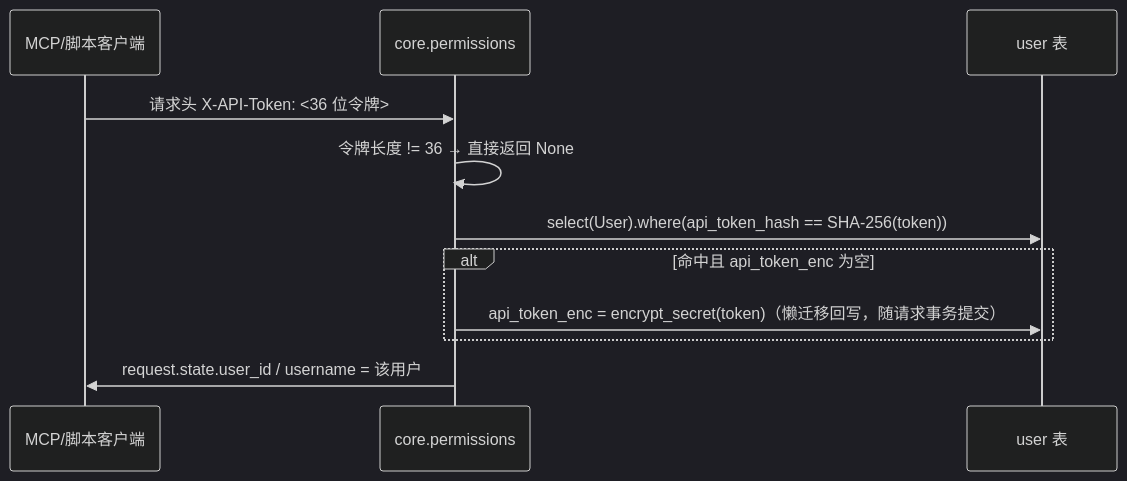
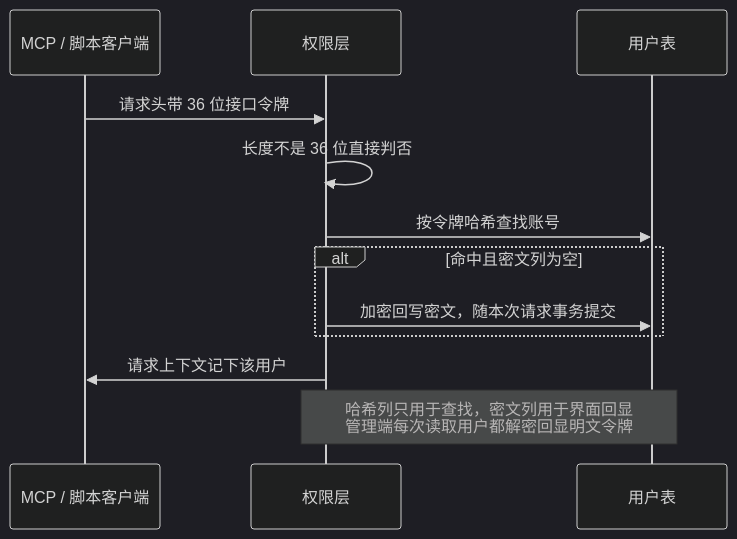
The fifth of 27 diagrams in docs/websites/pages/dev-flows.md (Sakana-1314/Electrical-Manager), drawn with Mermaid (dark theme) before and after one commit. The commit also changed other lines of this file and 24 other files, not shown here.

Commit message:
docs: 重构文档站（部署指南 / 接口 / 系统设计 + 图表化） (#301)

````diff
--- a/docs/websites/pages/dev-flows.md
+++ b/docs/websites/pages/dev-flows.md
@@ -54,13 +63,14 @@
 ```mermaid
 sequenceDiagram
-    participant C as MCP/脚本客户端
-    participant P as core.permissions
-    participant DB as user 表
-    C->>P: 请求头 X-API-Token: <36 位令牌>
-    P->>P: 令牌长度 != 36 → 直接返回 None
-    P->>DB: select(User).where(api_token_hash == SHA-256(token))
-    alt 命中且 api_token_enc 为空
-        P->>DB: api_token_enc = encrypt_secret(token)（懒迁移回写，随请求事务提交）
+    participant C as MCP / 脚本客户端
+    participant P as 权限层
+    participant DB as 用户表
+    C->>P: 请求头带 36 位接口令牌
+    P->>P: 长度不是 36 位直接判否
+    P->>DB: 按令牌哈希查找账号
+    alt 命中且密文列为空
+        P->>DB: 加密回写密文，随本次请求事务提交
     end
-    P->>C: request.state.user_id / username = 该用户
+    P->>C: 请求上下文记下该用户
+    note over P,DB: 哈希列只用于查找，密文列用于界面回显<br/>管理端每次读取用户都解密回显明文令牌
 ```
````
